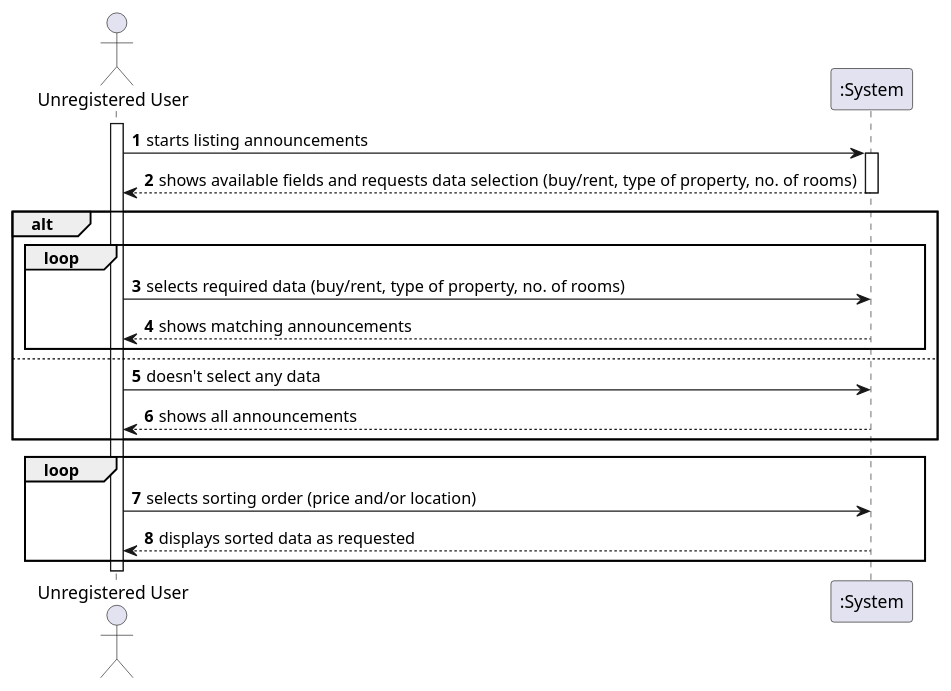
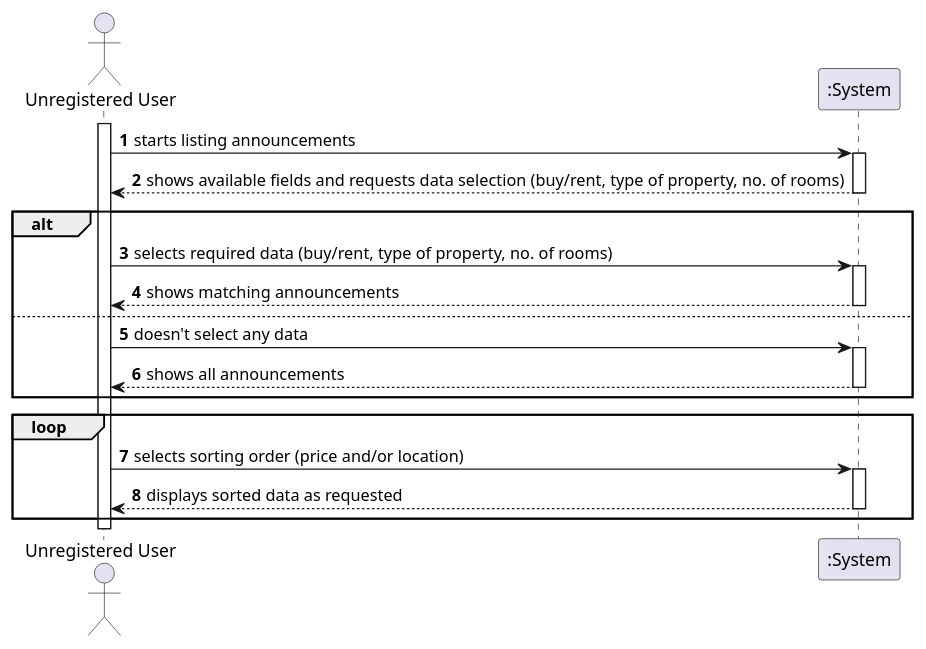
Before and after one commit to tiagohcorreia/LAPR2: the diagram in docs/sprintB/US001/01.requirements-engineering/puml/us001-system-sequence-diagram.puml, drawn with PlantUML. The commit also changed 3 other files, not shown here.

```diff
--- a/docs/sprintB/US001/01.requirements-engineering/puml/us001-system-sequence-diagram.puml
+++ b/docs/sprintB/US001/01.requirements-engineering/puml/us001-system-sequence-diagram.puml
@@ -1,26 +1,29 @@
 @startuml
 autonumber
 actor "Unregistered User" as UR
 participant ":System" as SYS
 activate UR
 UR -> SYS: starts listing announcements
 activate SYS
 return shows available fields and requests data selection (buy/rent, type of property, no. of rooms)
-deactivate SYS
 
 alt
-    loop
     UR -> SYS: selects required data (buy/rent, type of property, no. of rooms)
+    activate SYS
     UR <-- SYS: shows matching announcements
-    end
+    deactivate SYS
 else
     UR -> SYS: doesn't select any data
+    activate SYS
     UR <-- SYS: shows all announcements
+    deactivate SYS
 end
 loop
     UR -> SYS: selects sorting order (price and/or location)
+    activate SYS
     UR <-- SYS: displays sorted data as requested
+    deactivate SYS
 end
 
 
 @enduml
```
